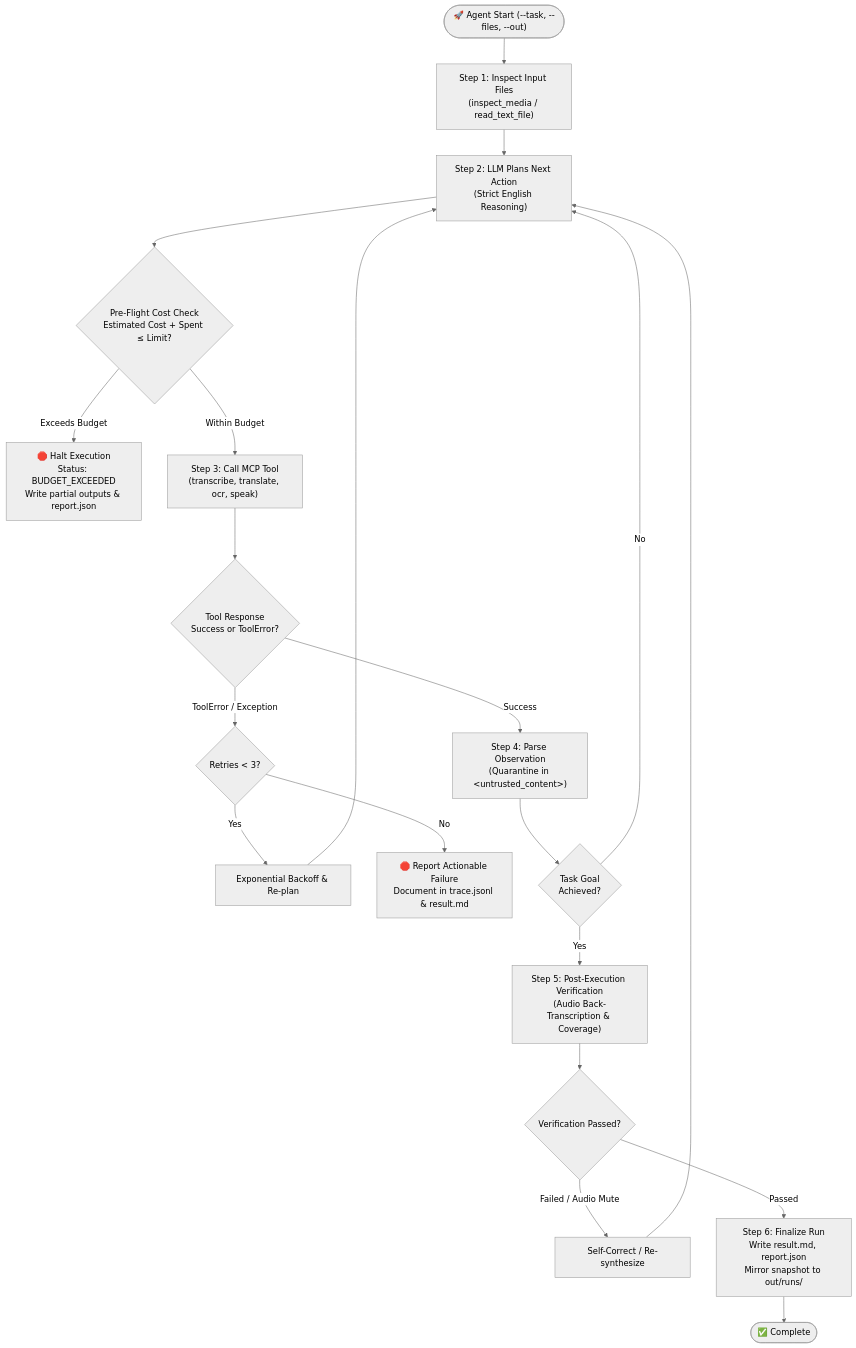
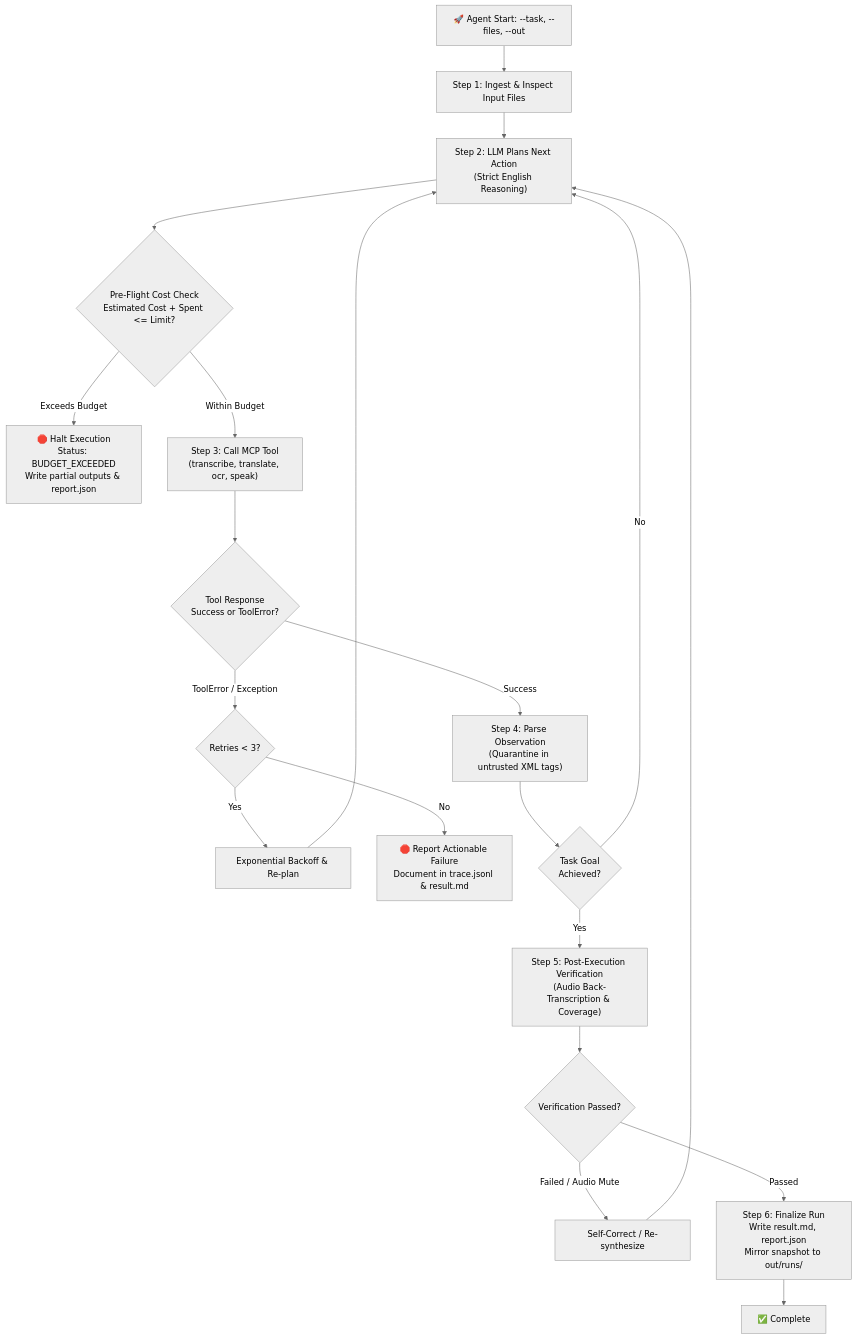
The second of 2 diagrams in examples/bodhan_tool_agent/README.md (Bodhan-AI/Bodhan-AI-Cookbook), drawn with Mermaid (neutral theme) before and after one commit. The commit also changed other lines of this file and 26 other files, not shown here.

First line of the commit message:
feat(examples/bodhan_tool_agent): harden agent resilience, add direct entrypoint shims, and expand test suite to 187 tests

````diff
--- a/examples/bodhan_tool_agent/README.md
+++ b/examples/bodhan_tool_agent/README.md
@@ -92,26 +92,28 @@
 ```mermaid
 flowchart TD
-    Start(["🚀 Agent Start (--task, --files, --out)"]) --> Inspect["Step 1: Inspect Input Files<br>(inspect_media / read_text_file)"]
-    Inspect --> Plan["Step 2: LLM Plans Next Action<br>(Strict English Reasoning)"]
+    Start["🚀 Agent Start: --task, --files, --out"] --> Inspect["Step 1: Ingest & Inspect Input Files"]
+    Inspect --> Plan["Step 2: LLM Plans Next Action<br/>(Strict English Reasoning)"]
     
-    Plan --> CheckBudget{"Pre-Flight Cost Check<br>Estimated Cost + Spent ≤ Limit?"}
-    CheckBudget -- "Exceeds Budget" --> HaltBudget["🛑 Halt Execution<br>Status: BUDGET_EXCEEDED<br>Write partial outputs & report.json"]
+    Plan --> CheckBudget{"Pre-Flight Cost Check<br/>Estimated Cost + Spent <= Limit?"}
+    CheckBudget -- "Exceeds Budget" --> HaltBudget["🛑 Halt Execution<br/>Status: BUDGET_EXCEEDED<br/>Write partial outputs & report.json"]
     
-    CheckBudget -- "Within Budget" --> CallTool["Step 3: Call MCP Tool<br>(transcribe, translate, ocr, speak)"]
-    CallTool --> ToolResult{"Tool Response<br>Success or ToolError?"}
+    CheckBudget -- "Within Budget" --> CallTool["Step 3: Call MCP Tool<br/>(transcribe, translate, ocr, speak)"]
+    CallTool --> ToolResult{"Tool Response<br/>Success or ToolError?"}
     
-    ToolResult -- "ToolError / Exception" --> Retry{"Retries &lt; 3?"}
-    Retry -- "Yes" --> Backoff["Exponential Backoff & Re-plan"] --> Plan
-    Retry -- "No" --> ReportFail["🛑 Report Actionable Failure<br>Document in trace.jsonl & result.md"]
+    ToolResult -- "ToolError / Exception" --> Retry{"Retries < 3?"}
+    Retry -- "Yes" --> Backoff["Exponential Backoff & Re-plan"]
+    Backoff --> Plan
+    Retry -- "No" --> ReportFail["🛑 Report Actionable Failure<br/>Document in trace.jsonl & result.md"]
     
-    ToolResult -- "Success" --> Observe["Step 4: Parse Observation<br>(Quarantine in &lt;untrusted_content&gt;)"]
-    Observe --> IsDone{"Task Goal<br>Achieved?"}
+    ToolResult -- "Success" --> Observe["Step 4: Parse Observation<br/>(Quarantine in untrusted XML tags)"]
+    Observe --> IsDone{"Task Goal<br/>Achieved?"}
     
     IsDone -- "No" --> Plan
-    IsDone -- "Yes" --> Verify["Step 5: Post-Execution Verification<br>(Audio Back-Transcription & Coverage)"]
+    IsDone -- "Yes" --> Verify["Step 5: Post-Execution Verification<br/>(Audio Back-Transcription & Coverage)"]
     
     Verify --> QualityPass{"Verification Passed?"}
-    QualityPass -- "Failed / Audio Mute" --> ReSynthesize["Self-Correct / Re-synthesize"] --> Plan
-    QualityPass -- "Passed" --> Finalize["Step 6: Finalize Run<br>Write result.md, report.json<br>Mirror snapshot to out/runs/"]
-    Finalize --> End(["✅ Complete"])
+    QualityPass -- "Failed / Audio Mute" --> ReSynthesize["Self-Correct / Re-synthesize"]
+    ReSynthesize --> Plan
+    QualityPass -- "Passed" --> Finalize["Step 6: Finalize Run<br/>Write result.md, report.json<br/>Mirror snapshot to out/runs/"]
+    Finalize --> End["✅ Complete"]
 ```
````
